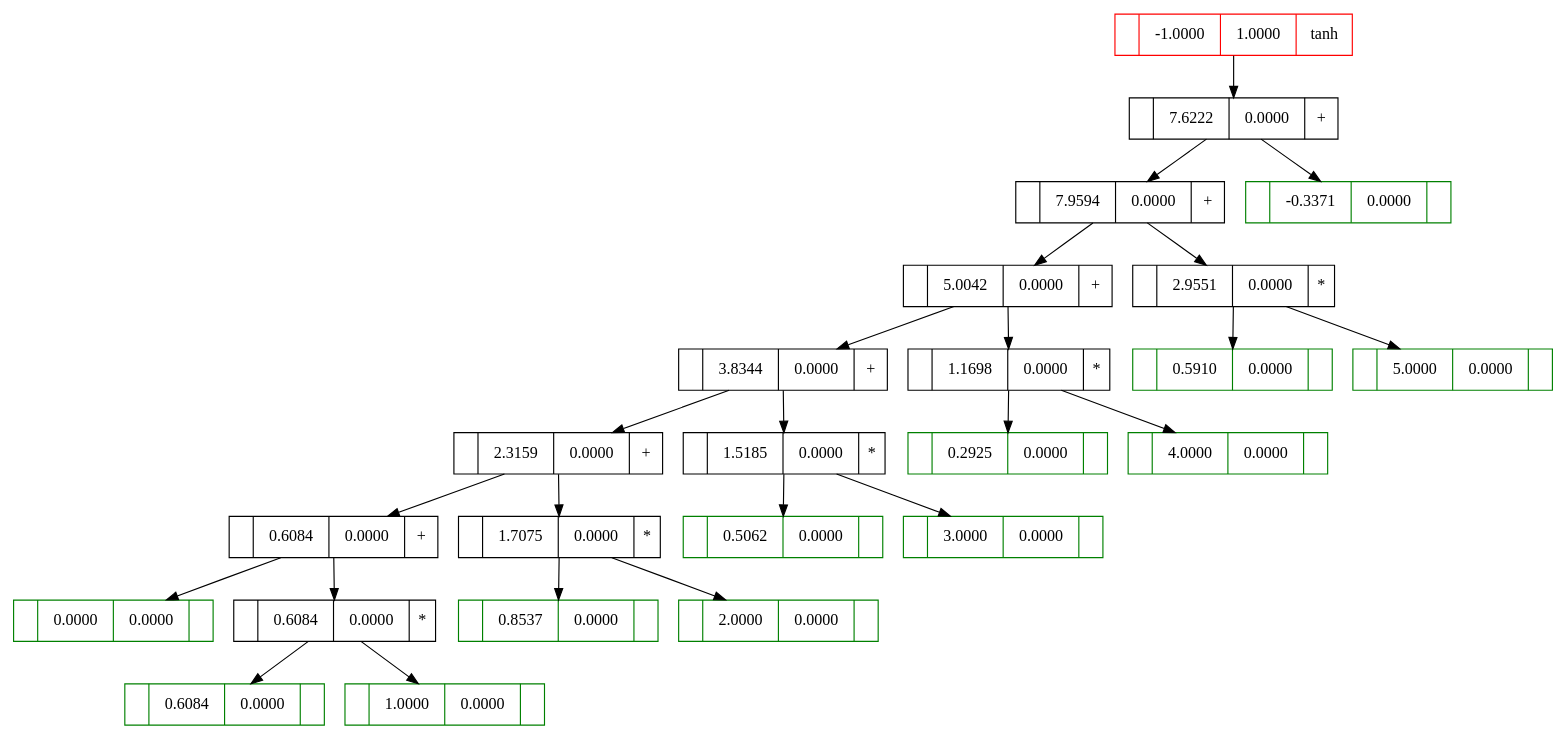
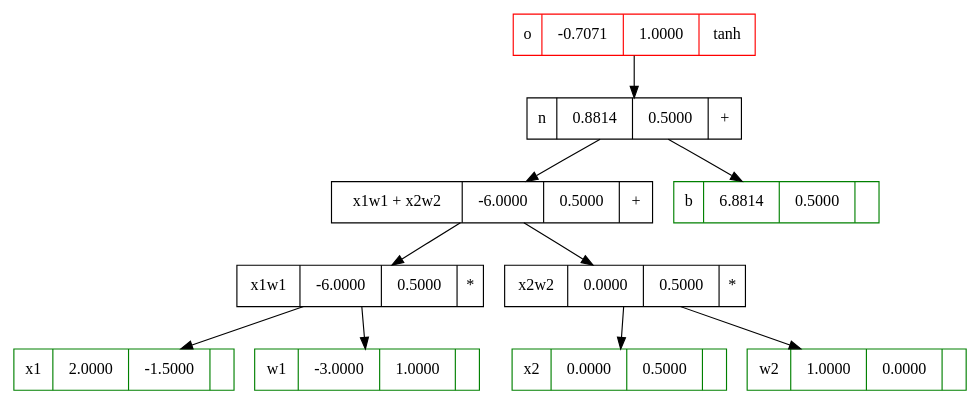
Before and after one commit to gavi/micrograd_cs: the diagram in graph.dot, drawn with Graphviz. The commit also changed 3 other files, not shown here.

```diff
--- a/graph.dot
+++ b/graph.dot
@@ -1,49 +1,21 @@
 digraph Micrograd { 
-	"0fac8ecc-f167-401c-8ab5-3e5e75c9538f"[color="#FF0000",fillcolor="#808080",label="|-1.0000|1.0000|tanh",shape=record]; 
-	"53828b39-3a6c-448c-942d-af87a6502480"[label="|7.6222|0.0000|+",shape=record]; 
-	"63d92a64-73e4-4a91-a3ec-9007a6222b62"[label="|7.9594|0.0000|+",shape=record]; 
-	"71d65040-302d-4678-bd31-4fc5c81fd79b"[label="|5.0042|0.0000|+",shape=record]; 
-	"589ee02b-0c92-44d7-a2e9-058bfab608b1"[label="|3.8344|0.0000|+",shape=record]; 
-	"646071bf-4f48-4878-b143-9b0710b10d05"[label="|2.3159|0.0000|+",shape=record]; 
-	"1a72cab4-d50d-4f87-b55a-b902f5e0020c"[label="|0.6084|0.0000|+",shape=record]; 
-	"9275b22c-5b02-40cd-bc16-a260fc25c0bf"[color="#008000",fillcolor="#90EE90",label="|0.0000|0.0000|",shape=record]; 
-	"1a72cab4-d50d-4f87-b55a-b902f5e0020c" -> "9275b22c-5b02-40cd-bc16-a260fc25c0bf"; 
-	"69ec96b3-59d7-40cb-abf6-1a80843fee27"[label="|0.6084|0.0000|*",shape=record]; 
-	"82e09a45-1cc8-41c2-b489-958320a0b274"[color="#008000",fillcolor="#90EE90",label="|0.6084|0.0000|",shape=record]; 
-	"69ec96b3-59d7-40cb-abf6-1a80843fee27" -> "82e09a45-1cc8-41c2-b489-958320a0b274"; 
-	"44f4ec22-c5ca-4b6f-b988-233caa84960e"[color="#008000",fillcolor="#90EE90",label="|1.0000|0.0000|",shape=record]; 
-	"69ec96b3-59d7-40cb-abf6-1a80843fee27" -> "44f4ec22-c5ca-4b6f-b988-233caa84960e"; 
-	"1a72cab4-d50d-4f87-b55a-b902f5e0020c" -> "69ec96b3-59d7-40cb-abf6-1a80843fee27"; 
-	"646071bf-4f48-4878-b143-9b0710b10d05" -> "1a72cab4-d50d-4f87-b55a-b902f5e0020c"; 
-	"8f084336-94c2-4bdf-b08a-4f8617041e0e"[label="|1.7075|0.0000|*",shape=record]; 
-	"2a89232e-b6eb-459d-9d90-0172aea5cf08"[color="#008000",fillcolor="#90EE90",label="|0.8537|0.0000|",shape=record]; 
-	"8f084336-94c2-4bdf-b08a-4f8617041e0e" -> "2a89232e-b6eb-459d-9d90-0172aea5cf08"; 
-	"15625d69-5e27-4d3b-9785-84301411edd7"[color="#008000",fillcolor="#90EE90",label="|2.0000|0.0000|",shape=record]; 
-	"8f084336-94c2-4bdf-b08a-4f8617041e0e" -> "15625d69-5e27-4d3b-9785-84301411edd7"; 
-	"646071bf-4f48-4878-b143-9b0710b10d05" -> "8f084336-94c2-4bdf-b08a-4f8617041e0e"; 
-	"589ee02b-0c92-44d7-a2e9-058bfab608b1" -> "646071bf-4f48-4878-b143-9b0710b10d05"; 
-	"a7a1fb0e-d792-44c7-9856-c779f983993c"[label="|1.5185|0.0000|*",shape=record]; 
-	"c2603953-bf4b-40e2-abb4-13370ba72cc6"[color="#008000",fillcolor="#90EE90",label="|0.5062|0.0000|",shape=record]; 
-	"a7a1fb0e-d792-44c7-9856-c779f983993c" -> "c2603953-bf4b-40e2-abb4-13370ba72cc6"; 
-	"94738274-d45c-4c3d-8d2f-4f379205cc76"[color="#008000",fillcolor="#90EE90",label="|3.0000|0.0000|",shape=record]; 
-	"a7a1fb0e-d792-44c7-9856-c779f983993c" -> "94738274-d45c-4c3d-8d2f-4f379205cc76"; 
-	"589ee02b-0c92-44d7-a2e9-058bfab608b1" -> "a7a1fb0e-d792-44c7-9856-c779f983993c"; 
-	"71d65040-302d-4678-bd31-4fc5c81fd79b" -> "589ee02b-0c92-44d7-a2e9-058bfab608b1"; 
-	"c7548b72-7552-4505-8c75-98bb797564b1"[label="|1.1698|0.0000|*",shape=record]; 
-	"45040eb2-c546-4fff-9075-1b8bdb73c7b0"[color="#008000",fillcolor="#90EE90",label="|0.2925|0.0000|",shape=record]; 
-	"c7548b72-7552-4505-8c75-98bb797564b1" -> "45040eb2-c546-4fff-9075-1b8bdb73c7b0"; 
-	"7d0778f8-7305-4e7c-9640-56fececf03ba"[color="#008000",fillcolor="#90EE90",label="|4.0000|0.0000|",shape=record]; 
-	"c7548b72-7552-4505-8c75-98bb797564b1" -> "7d0778f8-7305-4e7c-9640-56fececf03ba"; 
-	"71d65040-302d-4678-bd31-4fc5c81fd79b" -> "c7548b72-7552-4505-8c75-98bb797564b1"; 
-	"63d92a64-73e4-4a91-a3ec-9007a6222b62" -> "71d65040-302d-4678-bd31-4fc5c81fd79b"; 
-	"171b4691-684b-4a59-8971-efb0dfd1f1b2"[label="|2.9551|0.0000|*",shape=record]; 
-	"b63085db-ca14-4103-9c93-de9b17181ea5"[color="#008000",fillcolor="#90EE90",label="|0.5910|0.0000|",shape=record]; 
-	"171b4691-684b-4a59-8971-efb0dfd1f1b2" -> "b63085db-ca14-4103-9c93-de9b17181ea5"; 
-	"276d8120-cb59-499d-9a56-2c1715a1799f"[color="#008000",fillcolor="#90EE90",label="|5.0000|0.0000|",shape=record]; 
-	"171b4691-684b-4a59-8971-efb0dfd1f1b2" -> "276d8120-cb59-499d-9a56-2c1715a1799f"; 
-	"63d92a64-73e4-4a91-a3ec-9007a6222b62" -> "171b4691-684b-4a59-8971-efb0dfd1f1b2"; 
-	"53828b39-3a6c-448c-942d-af87a6502480" -> "63d92a64-73e4-4a91-a3ec-9007a6222b62"; 
-	"c2014cc0-1281-4925-9d10-acfe24b1b35c"[color="#008000",fillcolor="#90EE90",label="|-0.3371|0.0000|",shape=record]; 
-	"53828b39-3a6c-448c-942d-af87a6502480" -> "c2014cc0-1281-4925-9d10-acfe24b1b35c"; 
-	"0fac8ecc-f167-401c-8ab5-3e5e75c9538f" -> "53828b39-3a6c-448c-942d-af87a6502480"; 
+	"6eee4021-ee4e-4b36-9d9b-33abf4e8ddd3"[color="#FF0000",fillcolor="#808080",label="o|-0.7071|1.0000|tanh",shape=record]; 
+	"da81cc85-f93d-4713-b3df-a7f6b6f30647"[label="n|0.8814|0.5000|+",shape=record]; 
+	"f5188bde-1e19-49e6-b33d-0543a6a7b674"[label="x1w1 + x2w2|-6.0000|0.5000|+",shape=record]; 
+	"1de128a2-5adc-4490-be4b-a828ac3deb5d"[label="x1w1|-6.0000|0.5000|*",shape=record]; 
+	"1b59bf5e-9e8c-424a-9e70-bfd059dd7225"[color="#008000",fillcolor="#90EE90",label="x1|2.0000|-1.5000|",shape=record]; 
+	"1de128a2-5adc-4490-be4b-a828ac3deb5d" -> "1b59bf5e-9e8c-424a-9e70-bfd059dd7225"; 
+	"ec15202a-9b45-4539-b47f-b0c5a1561337"[color="#008000",fillcolor="#90EE90",label="w1|-3.0000|1.0000|",shape=record]; 
+	"1de128a2-5adc-4490-be4b-a828ac3deb5d" -> "ec15202a-9b45-4539-b47f-b0c5a1561337"; 
+	"f5188bde-1e19-49e6-b33d-0543a6a7b674" -> "1de128a2-5adc-4490-be4b-a828ac3deb5d"; 
+	"0dbfa7af-5a40-4bf7-adf9-70591df33909"[label="x2w2|0.0000|0.5000|*",shape=record]; 
+	"9533f7cc-08db-44a3-8a34-5ac287d1a12f"[color="#008000",fillcolor="#90EE90",label="x2|0.0000|0.5000|",shape=record]; 
+	"0dbfa7af-5a40-4bf7-adf9-70591df33909" -> "9533f7cc-08db-44a3-8a34-5ac287d1a12f"; 
+	"85c3ac14-75b1-4185-8bb0-56fe496293e8"[color="#008000",fillcolor="#90EE90",label="w2|1.0000|0.0000|",shape=record]; 
+	"0dbfa7af-5a40-4bf7-adf9-70591df33909" -> "85c3ac14-75b1-4185-8bb0-56fe496293e8"; 
+	"f5188bde-1e19-49e6-b33d-0543a6a7b674" -> "0dbfa7af-5a40-4bf7-adf9-70591df33909"; 
+	"da81cc85-f93d-4713-b3df-a7f6b6f30647" -> "f5188bde-1e19-49e6-b33d-0543a6a7b674"; 
+	"677195cd-85b9-4d32-9842-f634b10e39f1"[color="#008000",fillcolor="#90EE90",label="b|6.8814|0.5000|",shape=record]; 
+	"da81cc85-f93d-4713-b3df-a7f6b6f30647" -> "677195cd-85b9-4d32-9842-f634b10e39f1"; 
+	"6eee4021-ee4e-4b36-9d9b-33abf4e8ddd3" -> "da81cc85-f93d-4713-b3df-a7f6b6f30647"; 
 }
```
